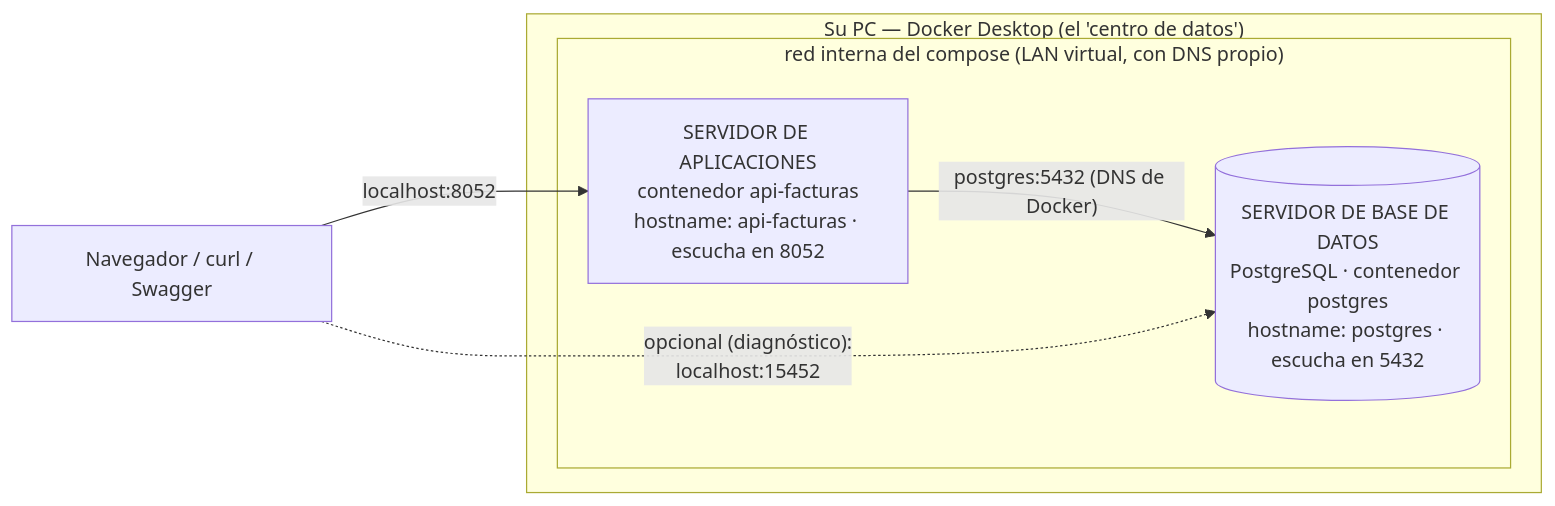
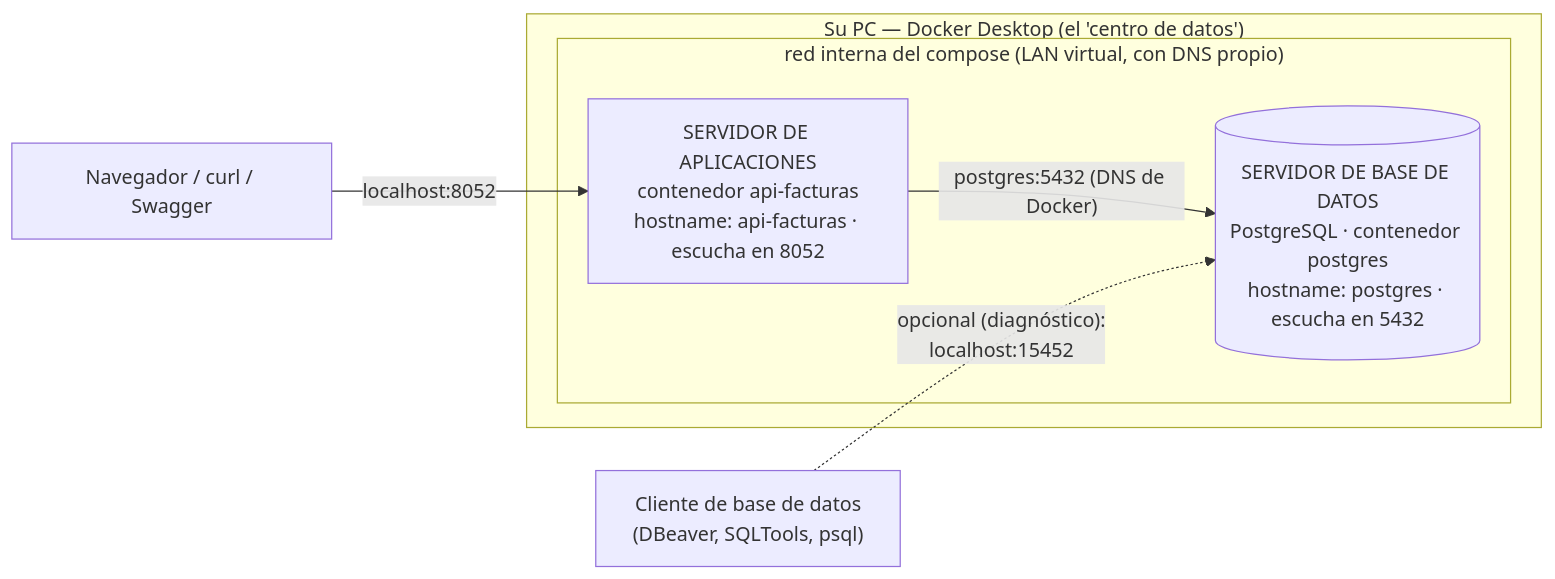
One commit to ccastro2050/proyecto_diseno_de_software1 changed the first of 2 diagrams in docs/CONCEPTOS_DOCKER.md. Above: the diagram before and after it, drawn with Mermaid. The commit also changed other lines of this file, not shown here.

First line of the commit message:
docs(docker): el diagrama sale del docker-compose real, y ninguna flecha miente

````diff
--- a/docs/CONCEPTOS_DOCKER.md
+++ b/docs/CONCEPTOS_DOCKER.md
@@ -193,13 +193,14 @@
 ```mermaid
 flowchart LR
     NAV["Navegador / curl / Swagger"]
+    CLIENTE["Cliente de base de datos<br/>(DBeaver, SQLTools, psql)"]
     subgraph PC["Su PC — Docker Desktop (el 'centro de datos')"]
         subgraph RED["red interna del compose (LAN virtual, con DNS propio)"]
             APIFACTURAS["SERVIDOR DE APLICACIONES<br/>contenedor api-facturas<br/>hostname: api-facturas · escucha en 8052"]
             POSTGRES[("SERVIDOR DE BASE DE DATOS<br/>PostgreSQL · contenedor postgres<br/>hostname: postgres · escucha en 5432")]
         end
     end
     NAV -->|"localhost:8052"| APIFACTURAS
     APIFACTURAS -->|"postgres:5432 (DNS de Docker)"| POSTGRES
-    NAV -.->|"opcional (diagnóstico):<br/>localhost:15452"| POSTGRES
+    CLIENTE -.->|"opcional (diagnóstico):<br/>localhost:15452"| POSTGRES
 ```
````
